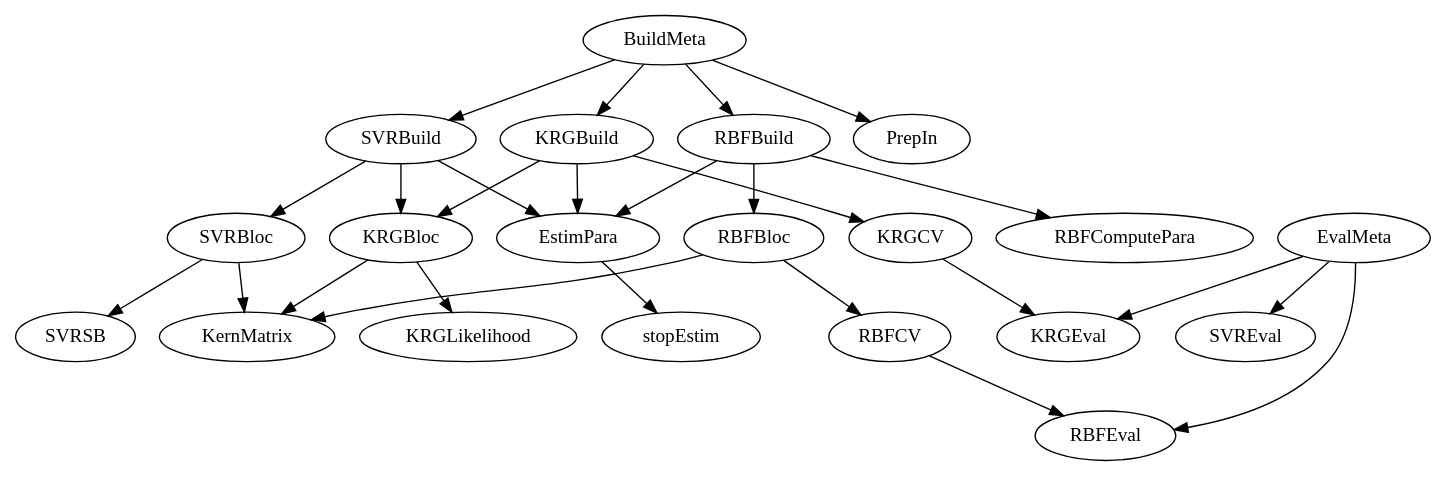
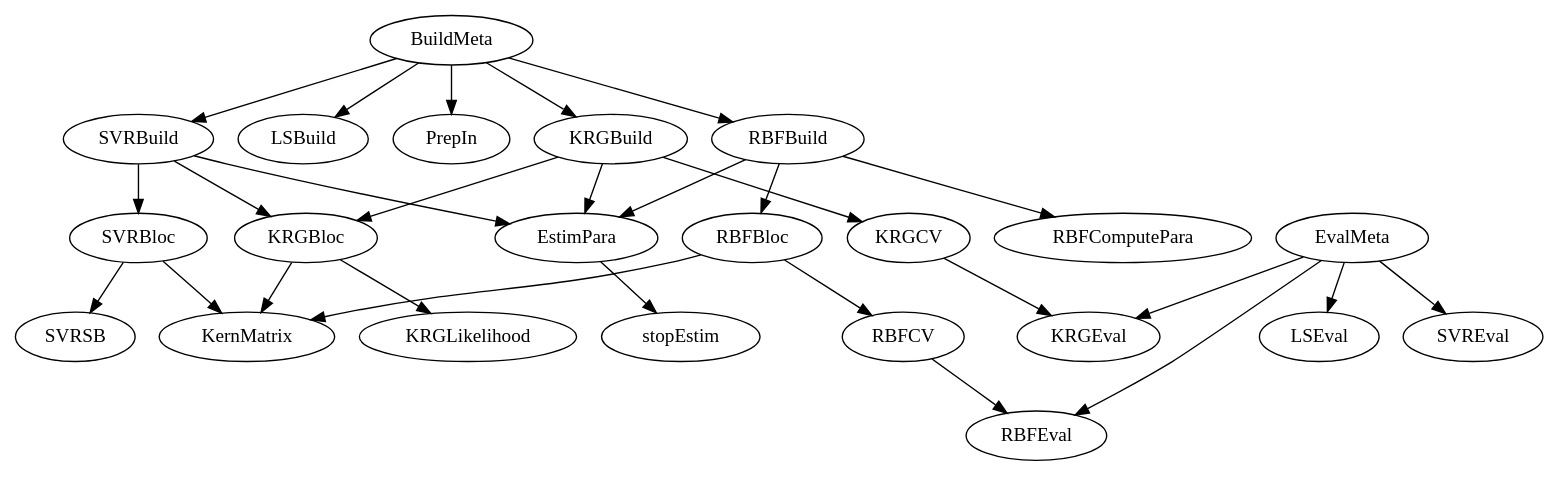
One commit to luclaurent/GRENAT changed the diagram in doc/GRENAT/src/surrogate/graph.dot. Above: the diagram before and after it, drawn with Graphviz. The commit also changed 239 other files, not shown here.

```diff
--- a/doc/GRENAT/src/surrogate/graph.dot
+++ b/doc/GRENAT/src/surrogate/graph.dot
@@ -1,49 +1,53 @@
 /* Created by mdot for Matlab */
 digraph m2html {
   BuildMeta -> KRGBuild;
+  BuildMeta -> LSBuild;
   BuildMeta -> PrepIn;
   BuildMeta -> RBFBuild;
   BuildMeta -> SVRBuild;
   EstimPara -> stopEstim;
   EvalMeta -> KRGEval;
+  EvalMeta -> LSEval;
   EvalMeta -> RBFEval;
   EvalMeta -> SVREval;
   KRGBloc -> KRGLikelihood;
   KRGBloc -> KernMatrix;
   KRGBuild -> EstimPara;
   KRGBuild -> KRGBloc;
   KRGBuild -> KRGCV;
   KRGCV -> KRGEval;
   RBFBloc -> KernMatrix;
   RBFBloc -> RBFCV;
   RBFBuild -> EstimPara;
   RBFBuild -> RBFBloc;
   RBFBuild -> RBFComputePara;
   RBFCV -> RBFEval;
   SVRBloc -> KernMatrix;
   SVRBloc -> SVRSB;
   SVRBuild -> EstimPara;
   SVRBuild -> KRGBloc;
   SVRBuild -> SVRBloc;
 
   BuildMeta [URL="BuildMeta.html"];
   EstimPara [URL="EstimPara.html"];
   EvalMeta [URL="EvalMeta.html"];
   KRGBloc [URL="KRGBloc.html"];
   KRGBuild [URL="KRGBuild.html"];
   KRGCV [URL="KRGCV.html"];
   KRGEval [URL="KRGEval.html"];
   KRGLikelihood [URL="KRGLikelihood.html"];
   KernMatrix [URL="KernMatrix.html"];
+  LSBuild [URL="LSBuild.html"];
+  LSEval [URL="LSEval.html"];
   PrepIn [URL="PrepIn.html"];
   RBFBloc [URL="RBFBloc.html"];
   RBFBuild [URL="RBFBuild.html"];
   RBFCV [URL="RBFCV.html"];
   RBFComputePara [URL="RBFComputePara.html"];
   RBFEval [URL="RBFEval.html"];
   SVRBloc [URL="SVRBloc.html"];
   SVRBuild [URL="SVRBuild.html"];
   SVREval [URL="SVREval.html"];
   SVRSB [URL="SVRSB.html"];
   stopEstim [URL="stopEstim.html"];
 }
```
